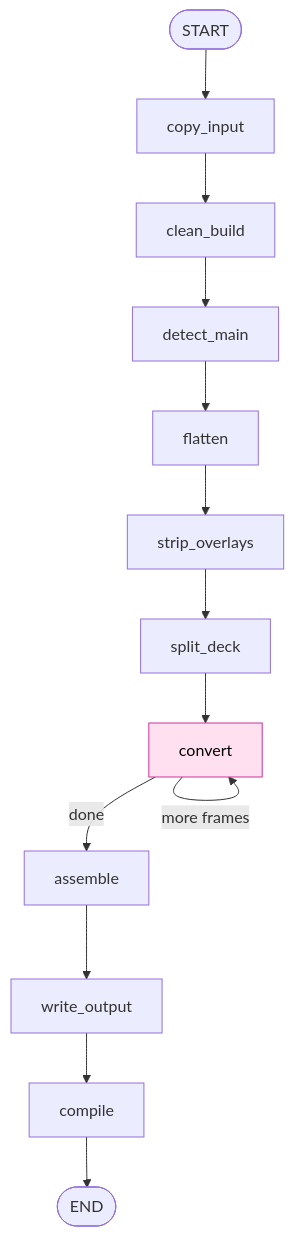
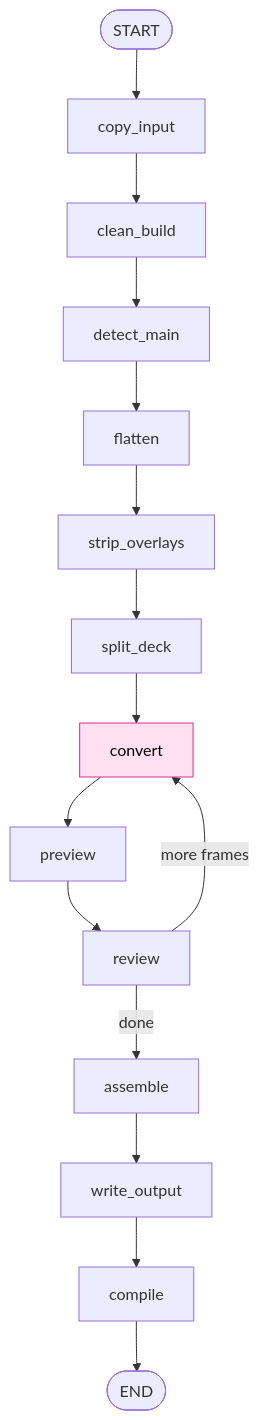
Before and after one commit to SushrutGaikwad/b2t: the diagram in README.md, drawn with Mermaid. The commit also changed other lines of this file and 1 other file, not shown here.

Commit message:
docs: describe per-frame review (preview/review nodes, HITL flow)

````diff
--- a/README.md
+++ b/README.md
@@ -30,18 +30,20 @@
 ```mermaid
 flowchart TD
     start([START]) --> copy_input
     copy_input --> clean_build
     clean_build --> detect_main
     detect_main --> flatten
     flatten --> strip_overlays
     strip_overlays --> split_deck
     split_deck --> convert
-    convert -->|more frames| convert
-    convert -->|done| assemble
+    convert --> preview
+    preview --> review
+    review -->|more frames| convert
+    review -->|done| assemble
     assemble --> write_output
     write_output --> compile
     compile --> stop([END])
 
     classDef llm fill:#ffe0f0,stroke:#cc3399,color:#000;
     class convert llm;
 ```
````
